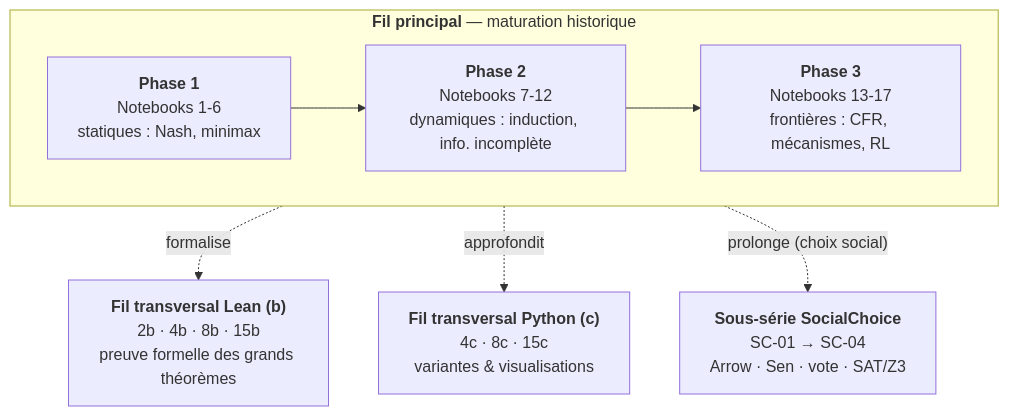
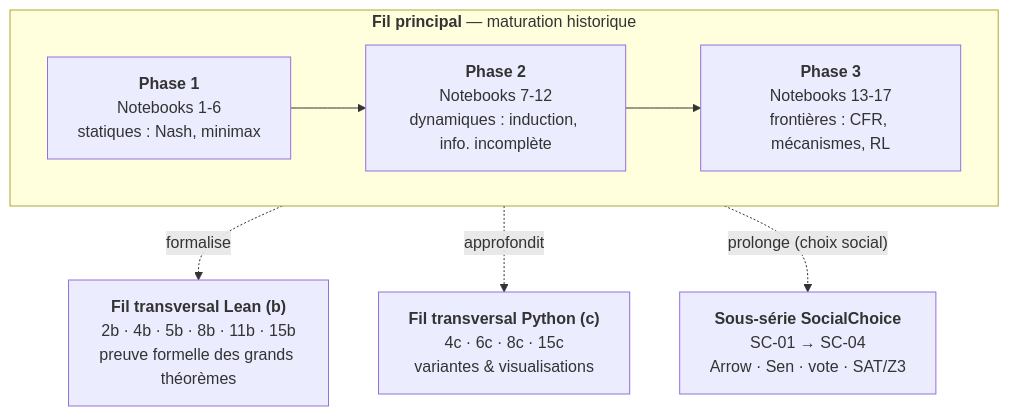
The first of 2 diagrams in MyIA.AI.Notebooks/GameTheory/README.md (jsboige/CoursIA), drawn with Mermaid before and after one commit.

Commit message:
docs(gametheory): fix flowchart TD fil transversal — add 5b/11b/6c notebooks (#3975)
Le flowchart TD "Vue d'ensemble" listait incomplètement les notebooks des
fils transversaux Lean (b) et Python (c), omis lors de l'ajout des notebooks
5b/11b/6c. Drift résiduel non couvert par #5414 (whole-file audit) qui visait
stats/table/tree/pipeline mais pas les bubbles du flowchart TD de header.

- Fil Lean (b) : 2b · 4b · 8b · 15b -> 2b · 4b · 5b · 8b · 11b · 15b
- Fil Python (c) : 4c · 8c · 15c -> 4c · 6c · 8c · 15c

Notebooks confirmés exister sur disque (G.1 firsthand) :
- GameTheory-5b-Lean-Minimax.ipynb
- GameTheory-11b-Lean-BayesianGamesExt.ipynb
- GameTheory-6c-RepeatedGames-FolkTheorem.ipynb

Supersede partiellement #5402 (stale base post-#5414 + mapping table
SC-01/SC-02 non-verifiable — ces notebooks n'existent pas, écarté).

catalog-pr-hygiene R1 : marqueur CATALOG-STATUS byte-identique (grep vide).
check_docs_links : 0/3386 broken. Atomique : 1 fichier / +2/-2.

See #3975

````diff
--- a/MyIA.AI.Notebooks/GameTheory/README.md
+++ b/MyIA.AI.Notebooks/GameTheory/README.md
@@ -96,16 +96,16 @@
 ```mermaid
 flowchart TD
     subgraph FIL["<b>Fil principal</b> — maturation historique"]
         direction LR
         P1["<b>Phase 1</b><br/>Notebooks 1-6<br/>statiques : Nash, minimax"]
         P2["<b>Phase 2</b><br/>Notebooks 7-12<br/>dynamiques : induction, info. incomplète"]
         P3["<b>Phase 3</b><br/>Notebooks 13-17<br/>frontières : CFR, mécanismes, RL"]
         P1 --> P2 --> P3
     end
-    LEAN["<b>Fil transversal Lean (b)</b><br/>2b · 4b · 8b · 15b<br/>preuve formelle des grands théorèmes"]
-    PYC["<b>Fil transversal Python (c)</b><br/>4c · 8c · 15c<br/>variantes &amp; visualisations"]
+    LEAN["<b>Fil transversal Lean (b)</b><br/>2b · 4b · 5b · 8b · 11b · 15b<br/>preuve formelle des grands théorèmes"]
+    PYC["<b>Fil transversal Python (c)</b><br/>4c · 6c · 8c · 15c<br/>variantes &amp; visualisations"]
     SC["<b>Sous-série SocialChoice</b><br/>SC-01 → SC-04<br/>Arrow · Sen · vote · SAT/Z3"]
     FIL -.->|"formalise"| LEAN
     FIL -.->|"approfondit"| PYC
     FIL -.->|"prolonge (choix social)"| SC
 ```
````
